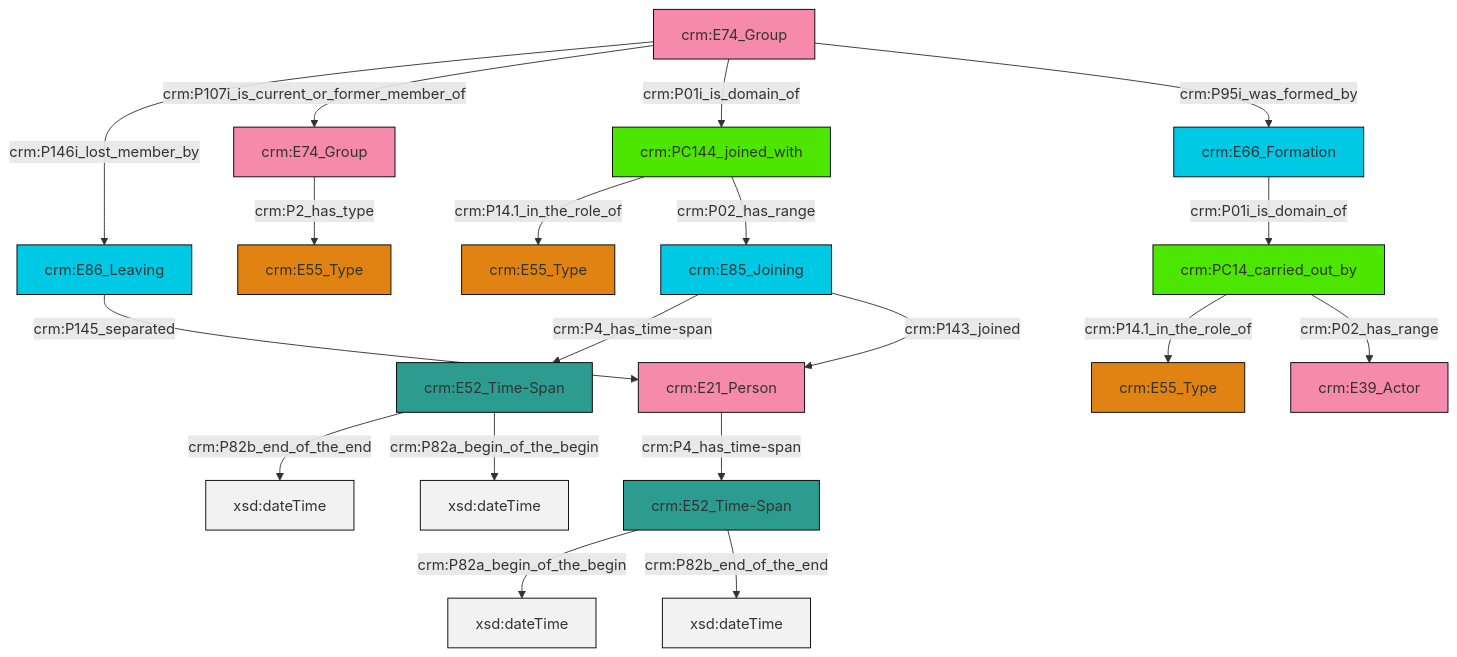
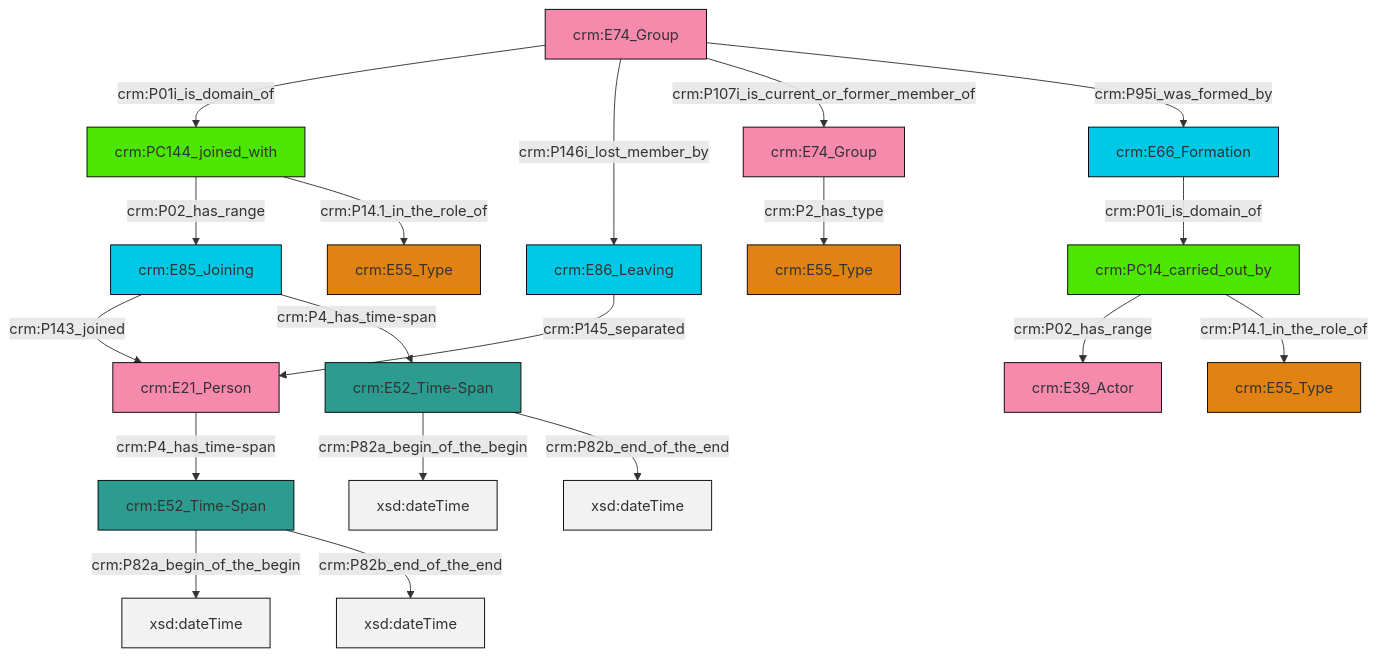
One commit to swiss-art-research-net/reference-data-models changed the diagram in et/groupCSV/ttl/mmd/group_actor_relations.ttl.mmd. Above: the diagram before and after it, drawn with Mermaid. The commit also changed 125 other files, not shown here.

```diff
--- a/et/groupCSV/ttl/mmd/group_actor_relations.ttl.mmd
+++ b/et/groupCSV/ttl/mmd/group_actor_relations.ttl.mmd
@@ -1,33 +1,33 @@
 graph TD
 classDef Literal fill:#f2f2f2,stroke:#000000;
 classDef CRM_Entity fill:#FFFFFF,stroke:#000000;
 classDef Temporal_Entity fill:#00C9E6, stroke:#000000;
 classDef Type fill:#E18312, stroke:#000000;
 classDef Time-Span fill:#2C9C91, stroke:#000000;
 classDef Appellation fill:#FFEB7F, stroke:#000000;
 classDef Place fill:#008836, stroke:#000000;
 classDef Persistent_Item fill:#B266B2, stroke:#000000;
 classDef Conceptual_Object fill:#FFD700, stroke:#000000;
 classDef Physical_Thing fill:#D2B48C, stroke:#000000;
 classDef Actor fill:#f58aad, stroke:#000000;
 classDef PC_Classes fill:#4ce600, stroke:#000000;
 classDef Multi fill:#cccccc,stroke:#000000;
 
-6["crm:PC14_carried_out_by"]:::PC_Classes -->|crm:P14.1_in_the_role_of| 4["crm:E55_Type"]:::Type
-9["crm:E66_Formation"]:::Temporal_Entity -->|crm:P01i_is_domain_of| 6["crm:PC14_carried_out_by"]:::PC_Classes
+0["crm:PC14_carried_out_by"]:::PC_Classes -->|crm:P02_has_range| 1["crm:E39_Actor"]:::Actor
+6["crm:E74_Group"]:::Actor -->|crm:P2_has_type| 4["crm:E55_Type"]:::Type
+7["crm:E86_Leaving"]:::Temporal_Entity -->|crm:P145_separated| 8["crm:E21_Person"]:::Actor
+13["crm:E74_Group"]:::Actor -->|crm:P01i_is_domain_of| 14["crm:PC144_joined_with"]:::PC_Classes
+11["crm:E66_Formation"]:::Temporal_Entity -->|crm:P01i_is_domain_of| 0["crm:PC14_carried_out_by"]:::PC_Classes
+0["crm:PC14_carried_out_by"]:::PC_Classes -->|crm:P14.1_in_the_role_of| 15["crm:E55_Type"]:::Type
+13["crm:E74_Group"]:::Actor -->|crm:P146i_lost_member_by| 7["crm:E86_Leaving"]:::Temporal_Entity
+14["crm:PC144_joined_with"]:::PC_Classes -->|crm:P02_has_range| 21["crm:E85_Joining"]:::Temporal_Entity
+22["crm:E52_Time-Span"]:::Time-Span -->|crm:P82a_begin_of_the_begin| 23[xsd:dateTime]:::Literal
+13["crm:E74_Group"]:::Actor -->|crm:P107i_is_current_or_former_member_of| 6["crm:E74_Group"]:::Actor
+21["crm:E85_Joining"]:::Temporal_Entity -->|crm:P143_joined| 8["crm:E21_Person"]:::Actor
+21["crm:E85_Joining"]:::Temporal_Entity -->|crm:P4_has_time-span| 22["crm:E52_Time-Span"]:::Time-Span
+22["crm:E52_Time-Span"]:::Time-Span -->|crm:P82b_end_of_the_end| 27[xsd:dateTime]:::Literal
+8["crm:E21_Person"]:::Actor -->|crm:P4_has_time-span| 17["crm:E52_Time-Span"]:::Time-Span
+17["crm:E52_Time-Span"]:::Time-Span -->|crm:P82a_begin_of_the_begin| 31[xsd:dateTime]:::Literal
 14["crm:PC144_joined_with"]:::PC_Classes -->|crm:P14.1_in_the_role_of| 2["crm:E55_Type"]:::Type
-15["crm:E74_Group"]:::Actor -->|crm:P146i_lost_member_by| 16["crm:E86_Leaving"]:::Temporal_Entity
-0["crm:E52_Time-Span"]:::Time-Span -->|crm:P82b_end_of_the_end| 19[xsd:dateTime]:::Literal
-0["crm:E52_Time-Span"]:::Time-Span -->|crm:P82a_begin_of_the_begin| 20[xsd:dateTime]:::Literal
-21["crm:E21_Person"]:::Actor -->|crm:P4_has_time-span| 10["crm:E52_Time-Span"]:::Time-Span
-7["crm:E85_Joining"]:::Temporal_Entity -->|crm:P4_has_time-span| 0["crm:E52_Time-Span"]:::Time-Span
-6["crm:PC14_carried_out_by"]:::PC_Classes -->|crm:P02_has_range| 12["crm:E39_Actor"]:::Actor
-7["crm:E85_Joining"]:::Temporal_Entity -->|crm:P143_joined| 21["crm:E21_Person"]:::Actor
-10["crm:E52_Time-Span"]:::Time-Span -->|crm:P82a_begin_of_the_begin| 29[xsd:dateTime]:::Literal
-15["crm:E74_Group"]:::Actor -->|crm:P107i_is_current_or_former_member_of| 17["crm:E74_Group"]:::Actor
-10["crm:E52_Time-Span"]:::Time-Span -->|crm:P82b_end_of_the_end| 32[xsd:dateTime]:::Literal
-15["crm:E74_Group"]:::Actor -->|crm:P01i_is_domain_of| 14["crm:PC144_joined_with"]:::PC_Classes
-16["crm:E86_Leaving"]:::Temporal_Entity -->|crm:P145_separated| 21["crm:E21_Person"]:::Actor
-17["crm:E74_Group"]:::Actor -->|crm:P2_has_type| 24["crm:E55_Type"]:::Type
-15["crm:E74_Group"]:::Actor -->|crm:P95i_was_formed_by| 9["crm:E66_Formation"]:::Temporal_Entity
-14["crm:PC144_joined_with"]:::PC_Classes -->|crm:P02_has_range| 7["crm:E85_Joining"]:::Temporal_Entity
+17["crm:E52_Time-Span"]:::Time-Span -->|crm:P82b_end_of_the_end| 34[xsd:dateTime]:::Literal
+13["crm:E74_Group"]:::Actor -->|crm:P95i_was_formed_by| 11["crm:E66_Formation"]:::Temporal_Entity
```
